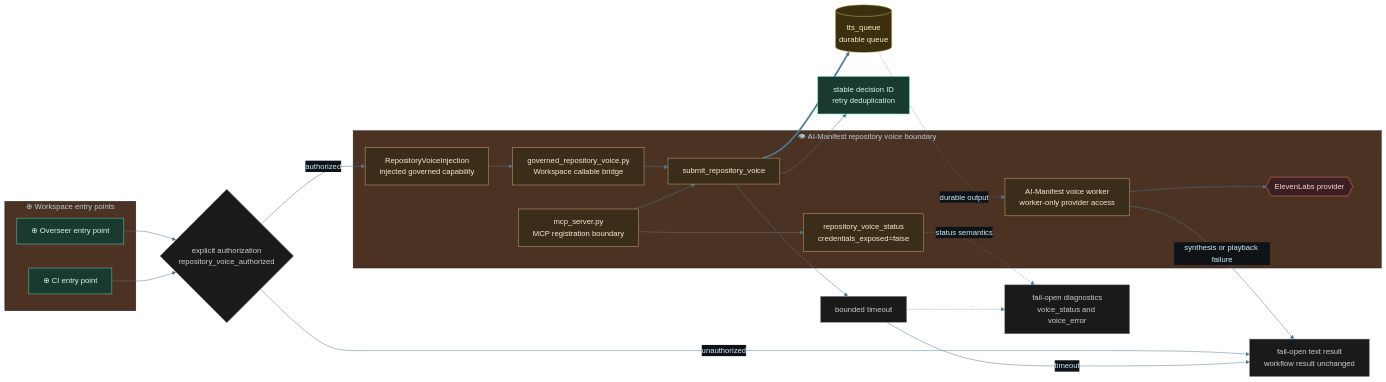
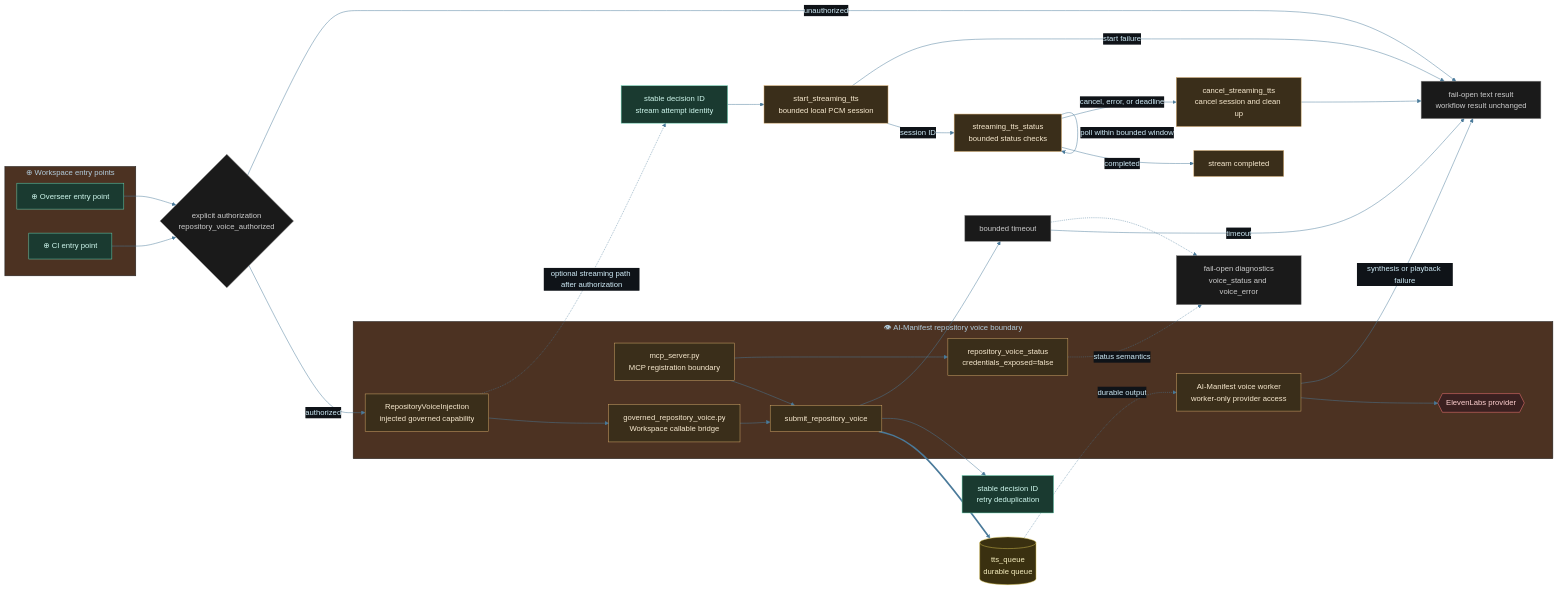
One commit to tylerdrakemusic/-Workspace changed the diagram in diagrams/workspace-derived-repository-voice.mmd. Above: the diagram before and after it, drawn with Mermaid. The commit also changed 5 other files, not shown here.

```diff
--- a/diagrams/workspace-derived-repository-voice.mmd
+++ b/diagrams/workspace-derived-repository-voice.mmd
@@ -1,58 +1,71 @@
 %%{init: {'theme': 'base', 'themeVariables': {'primaryColor': '#1a2e3a', 'primaryTextColor': '#d0ecf8', 'edgeLabelBackground': '#0f1318', 'lineColor': '#4a7a9a'}}}%%
 %% is_derived_view=true
 %% Traceability.parent: diagrams/workspace-integrations.mmd
 graph LR
     subgraph EntryPoints["⊕ Workspace entry points"]
         OverseerEntry[⊕ Overseer entry point]
         CIEntry[⊕ CI entry point]
     end
     subgraph ManifestBoundary["👁 AI-Manifest repository voice boundary"]
         ManifestMCP[mcp_server.py<br/>MCP registration boundary]
         SubmitRepositoryVoice[submit_repository_voice]
         RepositoryVoiceStatus[repository_voice_status<br/>credentials_exposed=false]
         RepositoryVoiceInjection[RepositoryVoiceInjection<br/>injected governed capability]
         RepositoryVoiceBridge[governed_repository_voice.py<br/>Workspace callable bridge]
         VoiceWorker[AI-Manifest voice worker<br/>worker-only provider access]
         VoiceProvider{{ElevenLabs provider}}
     end
     ExplicitAuthorization{explicit authorization<br/>repository_voice_authorized}
     StableDecisionID[stable decision ID<br/>retry deduplication]
+    StreamDecisionID[stable decision ID<br/>stream attempt identity]
     BoundedTimeout[bounded timeout]
     TTSQueue[(tts_queue<br/>durable queue)]
+    StreamStart[start_streaming_tts<br/>bounded local PCM session]
+    StreamStatus[streaming_tts_status<br/>bounded status checks]
+    StreamCleanup[cancel_streaming_tts<br/>cancel session and clean up]
+    StreamComplete[stream completed]
     FailOpenText[fail-open text result<br/>workflow result unchanged]
     FailOpenDiagnostics[fail-open diagnostics<br/>voice_status and voice_error]
 
     OverseerEntry --> ExplicitAuthorization
     CIEntry --> ExplicitAuthorization
     ExplicitAuthorization -->|authorized| RepositoryVoiceInjection
     ExplicitAuthorization -->|unauthorized| FailOpenText
     RepositoryVoiceInjection --> RepositoryVoiceBridge
     RepositoryVoiceBridge --> SubmitRepositoryVoice
+    RepositoryVoiceInjection -.->|optional streaming path after authorization| StreamDecisionID
+    StreamDecisionID --> StreamStart
+    StreamStart -->|session ID| StreamStatus
+    StreamStatus -->|poll within bounded window| StreamStatus
+    StreamStatus -->|completed| StreamComplete
+    StreamStart -->|start failure| FailOpenText
+    StreamStatus -->|cancel, error, or deadline| StreamCleanup
+    StreamCleanup --> FailOpenText
     ManifestMCP --> SubmitRepositoryVoice
     ManifestMCP --> RepositoryVoiceStatus
     SubmitRepositoryVoice ==> TTSQueue
     SubmitRepositoryVoice --> StableDecisionID
     SubmitRepositoryVoice --> BoundedTimeout
     BoundedTimeout -->|timeout| FailOpenText
     BoundedTimeout -.-> FailOpenDiagnostics
     TTSQueue -.->|durable output| VoiceWorker
     VoiceWorker --> VoiceProvider
     VoiceWorker -->|synthesis or playback failure| FailOpenText
     RepositoryVoiceStatus -.->|status semantics| FailOpenDiagnostics
 
     class OverseerEntry,CIEntry ws
-    class ManifestMCP,SubmitRepositoryVoice,RepositoryVoiceStatus,RepositoryVoiceInjection,RepositoryVoiceBridge,VoiceWorker manifest
+    class ManifestMCP,SubmitRepositoryVoice,RepositoryVoiceStatus,RepositoryVoiceInjection,RepositoryVoiceBridge,VoiceWorker,StreamStart,StreamStatus,StreamCleanup,StreamComplete manifest
     class VoiceProvider ext
     class ExplicitAuthorization,BoundedTimeout,FailOpenText,FailOpenDiagnostics state
-    class StableDecisionID ws
+    class StableDecisionID,StreamDecisionID ws
     class TTSQueue db
 
 classDef life     fill:#1a2e3a,stroke:#6ab4d4,color:#d0ecf8
 classDef music    fill:#3a1a24,stroke:#d47a8f,color:#f8d0dc
 classDef quantum  fill:#251a3a,stroke:#a07adf,color:#e8d0f8
 classDef manifest fill:#3a2e1a,stroke:#d4a96a,color:#f8ead0
 classDef ws       fill:#1a3a30,stroke:#6ad4b4,color:#d0f8ee
 classDef tyler    fill:#2a1a3a,stroke:#9e4aff,color:#fff
 classDef ext      fill:#3a2020,stroke:#ff7a7a,color:#ffd0d0
 classDef db       fill:#3a3010,stroke:#d4c050,color:#f8f0c0
 classDef state    fill:#1a1a1a,stroke:#888888,color:#cccccc
```
